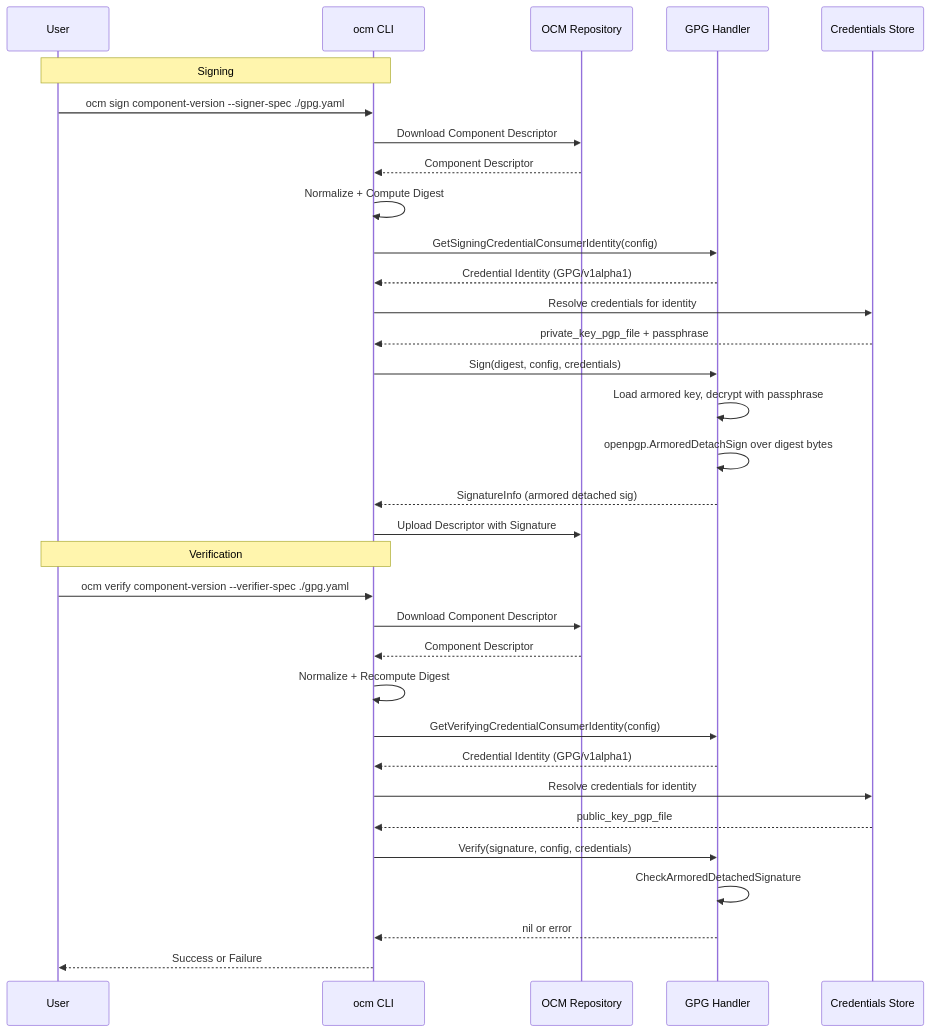
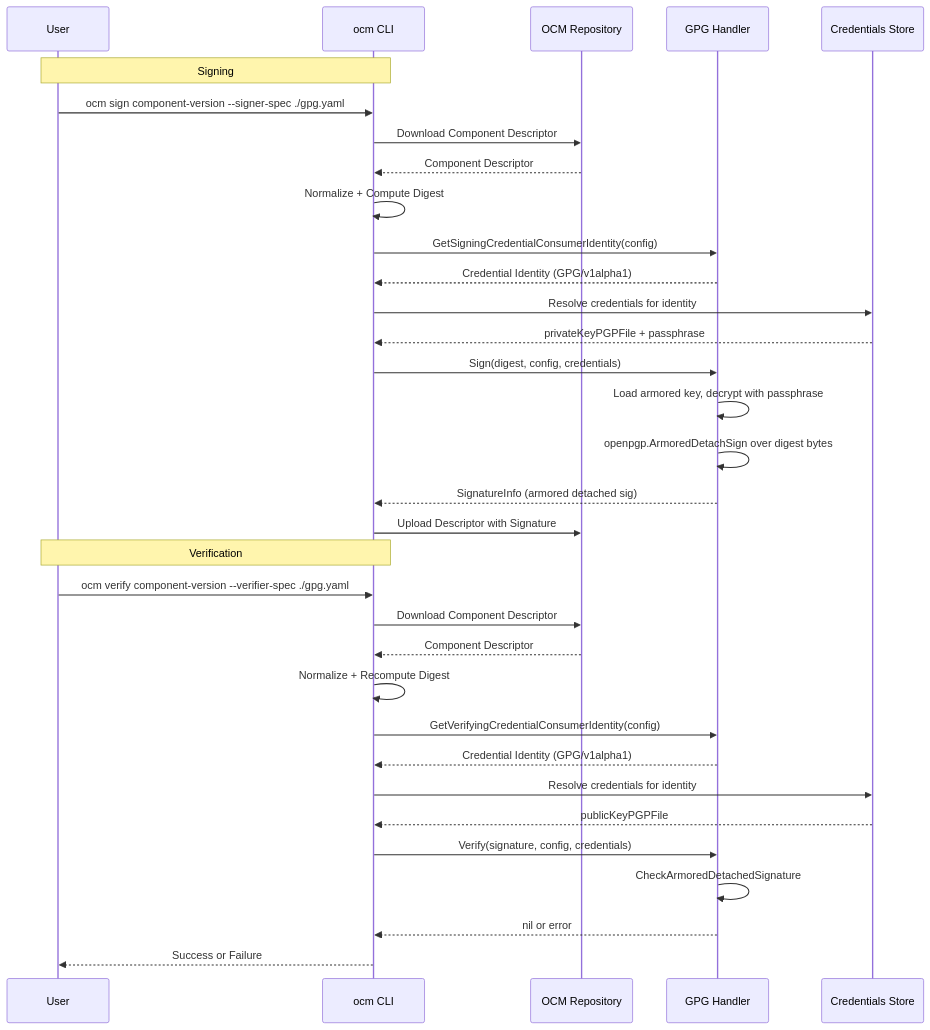
Before and after one commit to open-component-model/open-component-model: the diagram in docs/adr/0023_gpg_signing.md, drawn with Mermaid. The commit also changed other lines of this file and 1 other file, not shown here.

First line of the commit message:
fix: use camelCase credential key names in GPG handler

````diff
--- a/docs/adr/0023_gpg_signing.md
+++ b/docs/adr/0023_gpg_signing.md
@@ -52,37 +52,37 @@
 ```mermaid
 sequenceDiagram
     participant U as User
     participant CLI as ocm CLI
     participant Repo as OCM Repository
     participant Handler as GPG Handler
     participant Creds as Credentials Store
 
     Note over U,CLI: Signing
     U->>CLI: ocm sign component-version --signer-spec ./gpg.yaml
     CLI->>Repo: Download Component Descriptor
     Repo-->>CLI: Component Descriptor
     CLI->>CLI: Normalize + Compute Digest
     CLI->>Handler: GetSigningCredentialConsumerIdentity(config)
     Handler-->>CLI: Credential Identity (GPG/v1alpha1)
     CLI->>Creds: Resolve credentials for identity
-    Creds-->>CLI: private_key_pgp_file + passphrase
+    Creds-->>CLI: privateKeyPGPFile + passphrase
     CLI->>Handler: Sign(digest, config, credentials)
     Handler->>Handler: Load armored key, decrypt with passphrase
     Handler->>Handler: openpgp.ArmoredDetachSign over digest bytes
     Handler-->>CLI: SignatureInfo (armored detached sig)
     CLI->>Repo: Upload Descriptor with Signature
 
     Note over U,CLI: Verification
     U->>CLI: ocm verify component-version --verifier-spec ./gpg.yaml
     CLI->>Repo: Download Component Descriptor
     Repo-->>CLI: Component Descriptor
     CLI->>CLI: Normalize + Recompute Digest
     CLI->>Handler: GetVerifyingCredentialConsumerIdentity(config)
     Handler-->>CLI: Credential Identity (GPG/v1alpha1)
     CLI->>Creds: Resolve credentials for identity
-    Creds-->>CLI: public_key_pgp_file
+    Creds-->>CLI: publicKeyPGPFile
     CLI->>Handler: Verify(signature, config, credentials)
     Handler->>Handler: CheckArmoredDetachedSignature
     Handler-->>CLI: nil or error
     CLI-->>U: Success or Failure
 ```
````
